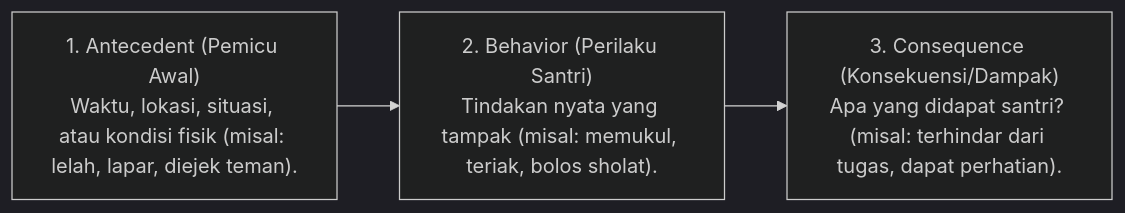
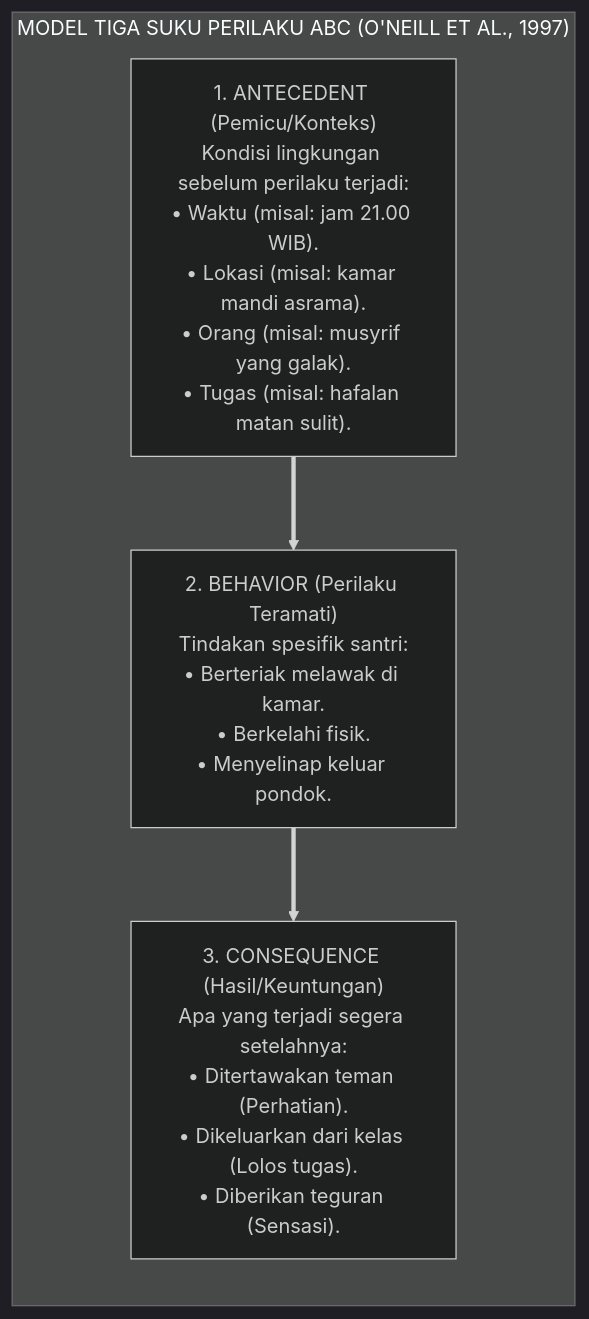
Before and after one commit to wandiapriliyandi/tumbuh: the third of 6 diagrams in 02 Principles/06 Intervention Principles/P2-06-02-Prinsip-Functional-Behavior-Assessment.md, drawn with Mermaid (dark theme). The commit also changed other lines of this file and 42 other files, not shown here.

````diff
--- a/02 Principles/06 Intervention Principles/P2-06-02-Prinsip-Functional-Behavior-Assessment.md
+++ b/02 Principles/06 Intervention Principles/P2-06-02-Prinsip-Functional-Behavior-Assessment.md
@@ -10,5 +104,12 @@
 ```mermaid
-graph LR
-    A["1. Antecedent (Pemicu Awal)<br/>Waktu, lokasi, situasi, atau kondisi fisik (misal: lelah, lapar, diejek teman)."] --> B["2. Behavior (Perilaku Santri)<br/>Tindakan nyata yang tampak (misal: memukul, teriak, bolos sholat)."]
-    B --> C["3. Consequence (Konsekuensi/Dampak)<br/>Apa yang didapat santri? (misal: terhindar dari tugas, dapat perhatian)."]
+flowchart LR
+    subgraph ModelTigaSukuABC["MODEL TIGA SUKU PERILAKU ABC (O'NEILL ET AL., 1997)"]
+        A["1. ANTECEDENT (Pemicu/Konteks)<br/>Kondisi lingkungan sebelum perilaku terjadi:<br/>• Waktu (misal: jam 21.00 WIB).<br/>• Lokasi (misal: kamar mandi asrama).<br/>• Orang (misal: musyrif yang galak).<br/>• Tugas (misal: hafalan matan sulit)."]
+        
+        B["2. BEHAVIOR (Perilaku Teramati)<br/>Tindakan spesifik santri:<br/>• Berteriak melawak di kamar.<br/>• Berkelahi fisik.<br/>• Menyelinap keluar pondok."]
+        
+        C["3. CONSEQUENCE (Hasil/Keuntungan)<br/>Apa yang terjadi segera setelahnya:<br/>• Ditertawakan teman (Perhatian).<br/>• Dikeluarkan dari kelas (Lolos tugas).<br/>• Diberikan teguran (Sensasi)."]
+        
+        A ==> B ==> C
+    end
 ```
````
